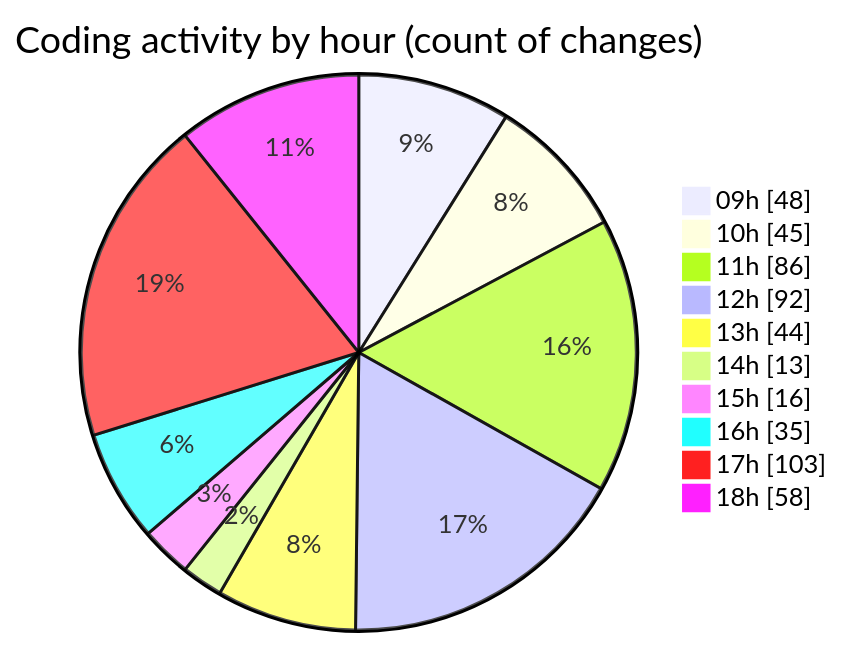
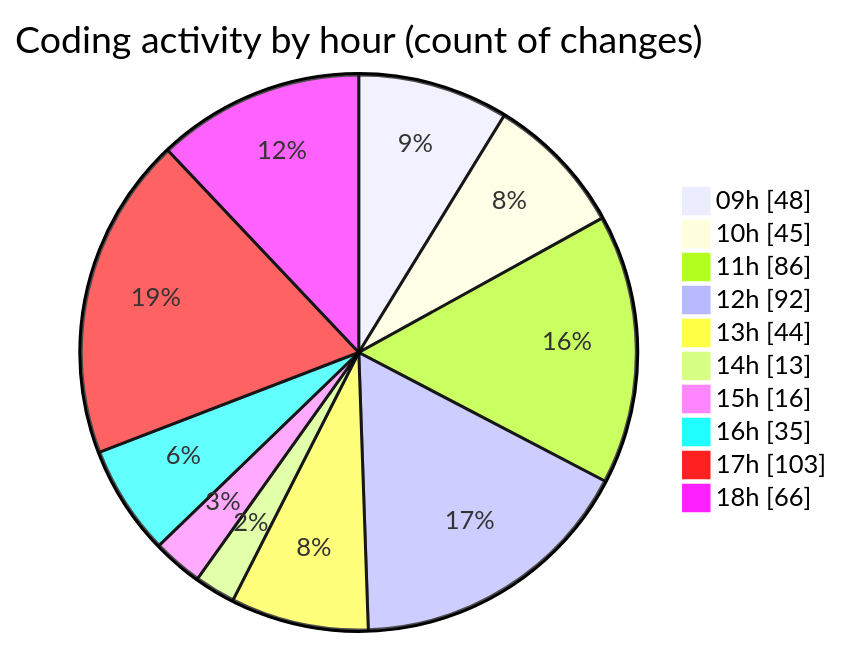
Before and after one commit to momahboobian/code-tracking: the second of 2 diagrams in 2025-03-14/cda/README.md, drawn with Mermaid. The commit also changed other lines of this file and 1 other file, not shown here.

````diff
--- a/2025-03-14/cda/README.md
+++ b/2025-03-14/cda/README.md
@@ -52,14 +52,14 @@
 ```mermaid
 pie showData
 title Coding activity by hour (count of changes)
 "09h" : 48
 "10h" : 45
 "11h" : 86
 "12h" : 92
 "13h" : 44
 "14h" : 13
 "15h" : 16
 "16h" : 35
 "17h" : 103
-"18h" : 58
+"18h" : 66
 ```
````
